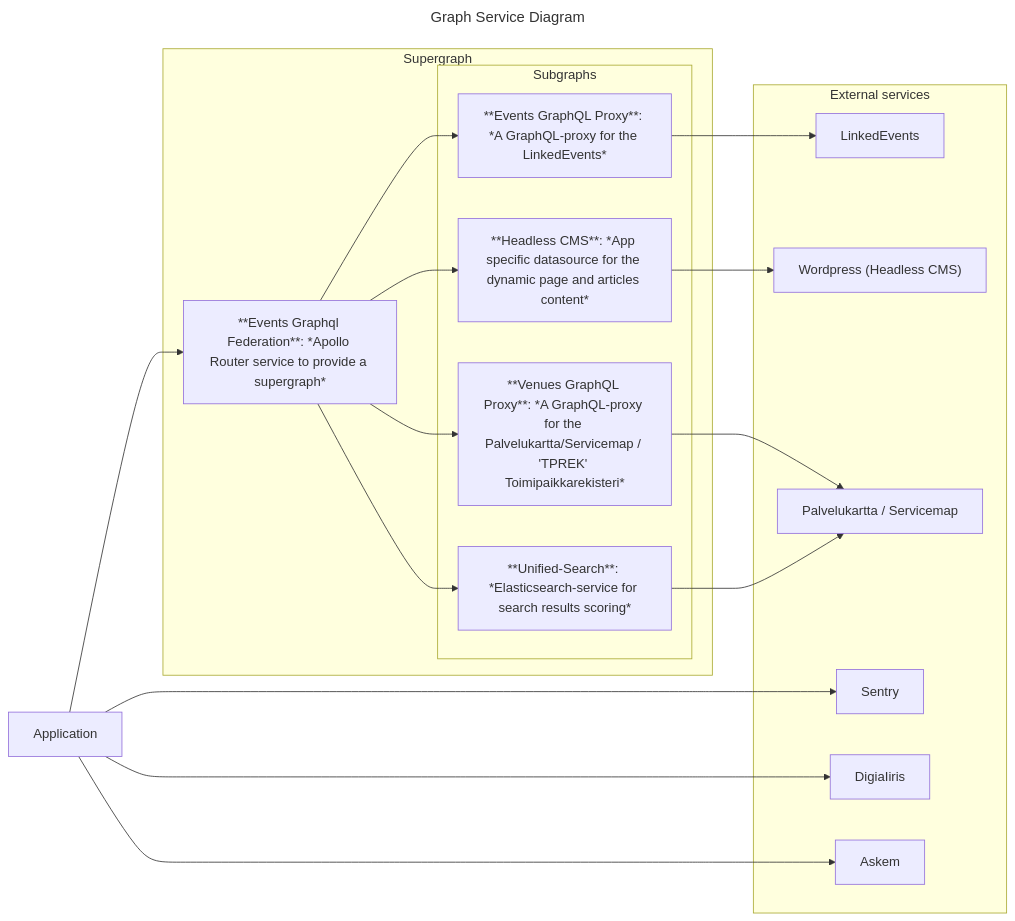
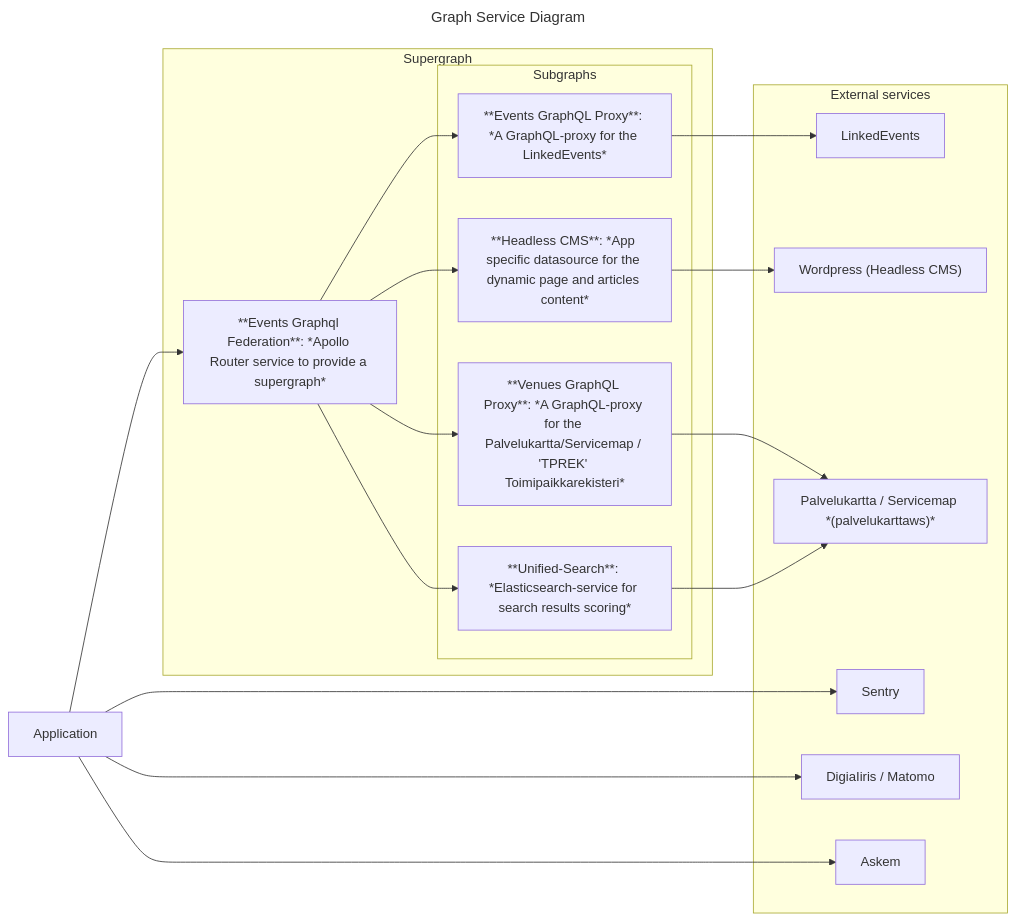
One commit to City-of-Helsinki/events-helsinki-monorepo changed the diagram in README.md. Above: the diagram before and after it, drawn with Mermaid. The commit also changed 4 other files, not shown here.

````diff
--- a/README.md
+++ b/README.md
@@ -42,39 +42,39 @@
 ```mermaid
 ---
 title: Graph Service Diagram
 ---
 flowchart LR
     subgraph Supergraph
       ROUTER[**Events Graphql Federation**: *Apollo Router service to provide a supergraph*]
       subgraph Subgraphs
         EventsProxy["**Events GraphQL Proxy**: *A GraphQL-proxy for the LinkedEvents*"]
         VenuesProxy["**Venues GraphQL Proxy**: *A GraphQL-proxy for the Palvelukartta/Servicemap / 'TPREK' Toimipaikkarekisteri*"]
         CMS["**Headless CMS**: *App specific datasource for the dynamic page and articles content*"]
         US["**Unified-Search**: *Elasticsearch-service for search results scoring*"]
       end
     end
 
     subgraph ExternalGraph["External services"]
       LinkedEvents
       Wordpress["Wordpress (Headless CMS)"]
-      Servicemap["Palvelukartta / Servicemap"]
+      Servicemap["Palvelukartta / Servicemap *(palvelukarttaws)*"]
       Sentry
-      DigiaIiris
+      DigiaIiris["DigiaIiris / Matomo"]
       Askem
     end
 
     Application --> ROUTER
     Application --> Sentry
     Application --> DigiaIiris
     Application --> Askem
 
     ROUTER --> EventsProxy
     ROUTER --> VenuesProxy
     ROUTER --> CMS
     ROUTER --> US
 
     EventsProxy --> LinkedEvents
     VenuesProxy --> Servicemap
     CMS --> Wordpress
     US --> Servicemap
 ```
````
